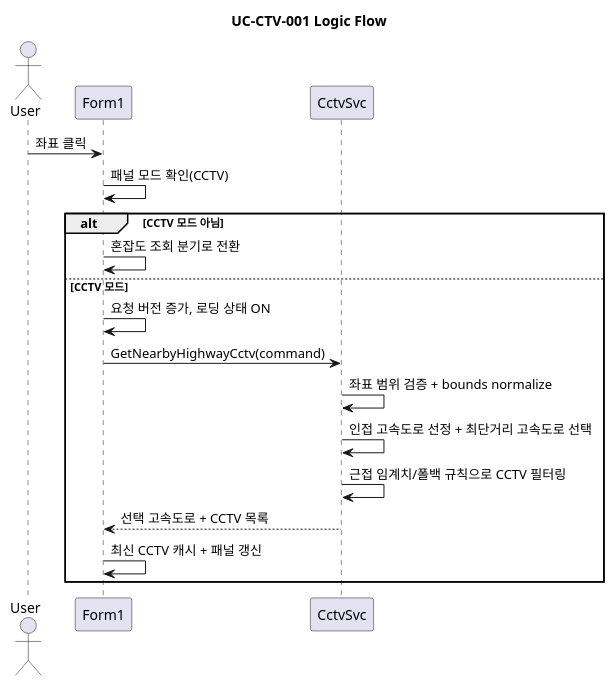
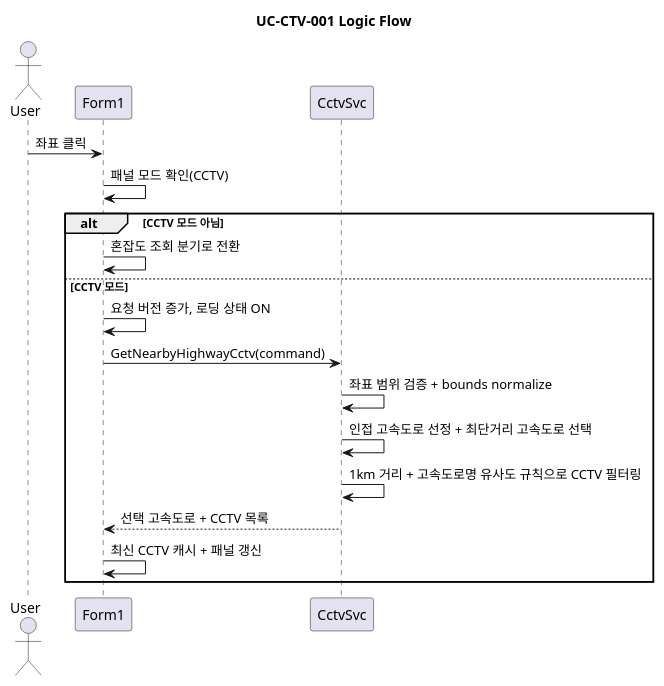
Before and after one commit to omegafrog/TrafficSolution: diagram 12 of 24 in docs/usecase-spec.md, drawn with PlantUML. The commit also changed other lines of this file and 1 other file, not shown here.

Commit message:
docs: CCTV 조회 규칙을 최근접 고속도로·1km·이름 유사 기준으로 동기화

````diff
--- a/docs/usecase-spec.md
+++ b/docs/usecase-spec.md
@@ -365,23 +365,23 @@
 ```plantuml
 @startuml
 title UC-CTV-001 Logic Flow
 
 actor User
 participant Form1
 participant CctvSvc
 
 User -> Form1 : 좌표 클릭
 Form1 -> Form1 : 패널 모드 확인(CCTV)
 alt CCTV 모드 아님
   Form1 -> Form1 : 혼잡도 조회 분기로 전환
 else CCTV 모드
   Form1 -> Form1 : 요청 버전 증가, 로딩 상태 ON
   Form1 -> CctvSvc : GetNearbyHighwayCctv(command)
   CctvSvc -> CctvSvc : 좌표 범위 검증 + bounds normalize
   CctvSvc -> CctvSvc : 인접 고속도로 선정 + 최단거리 고속도로 선택
-  CctvSvc -> CctvSvc : 근접 임계치/폴백 규칙으로 CCTV 필터링
+  CctvSvc -> CctvSvc : 1km 거리 + 고속도로명 유사도 규칙으로 CCTV 필터링
   CctvSvc --> Form1 : 선택 고속도로 + CCTV 목록
   Form1 -> Form1 : 최신 CCTV 캐시 + 패널 갱신
 end
 @enduml
 ```
````
